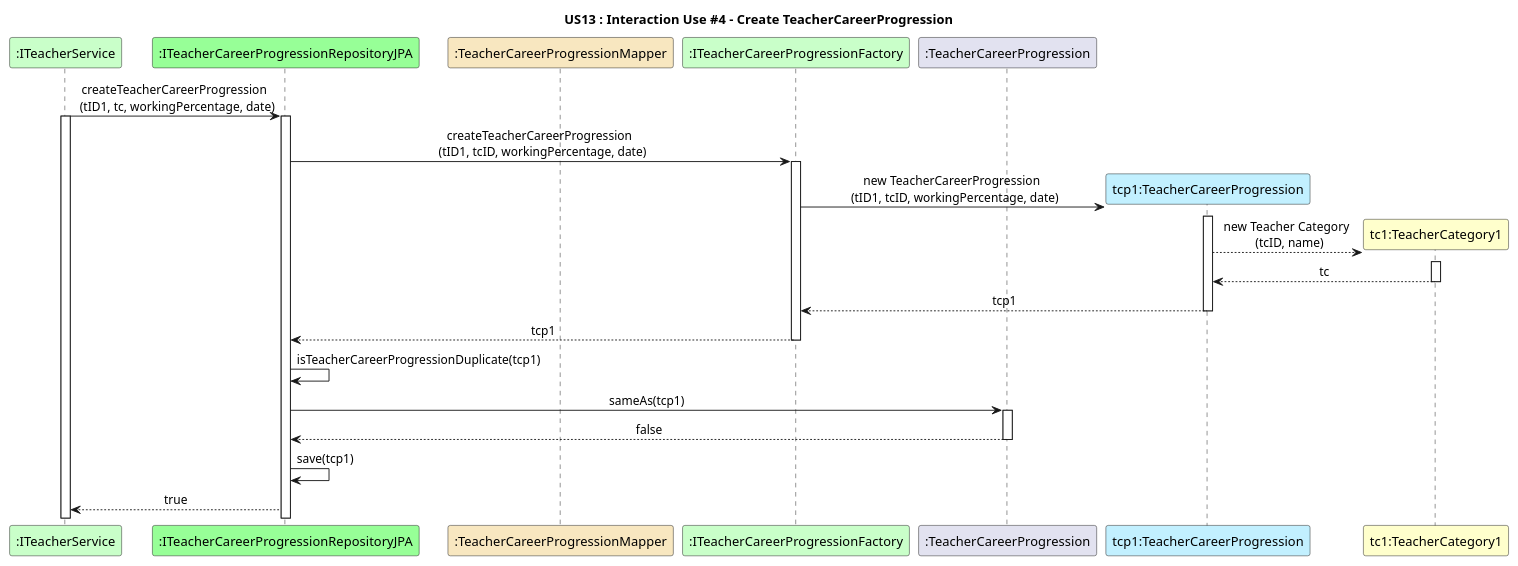
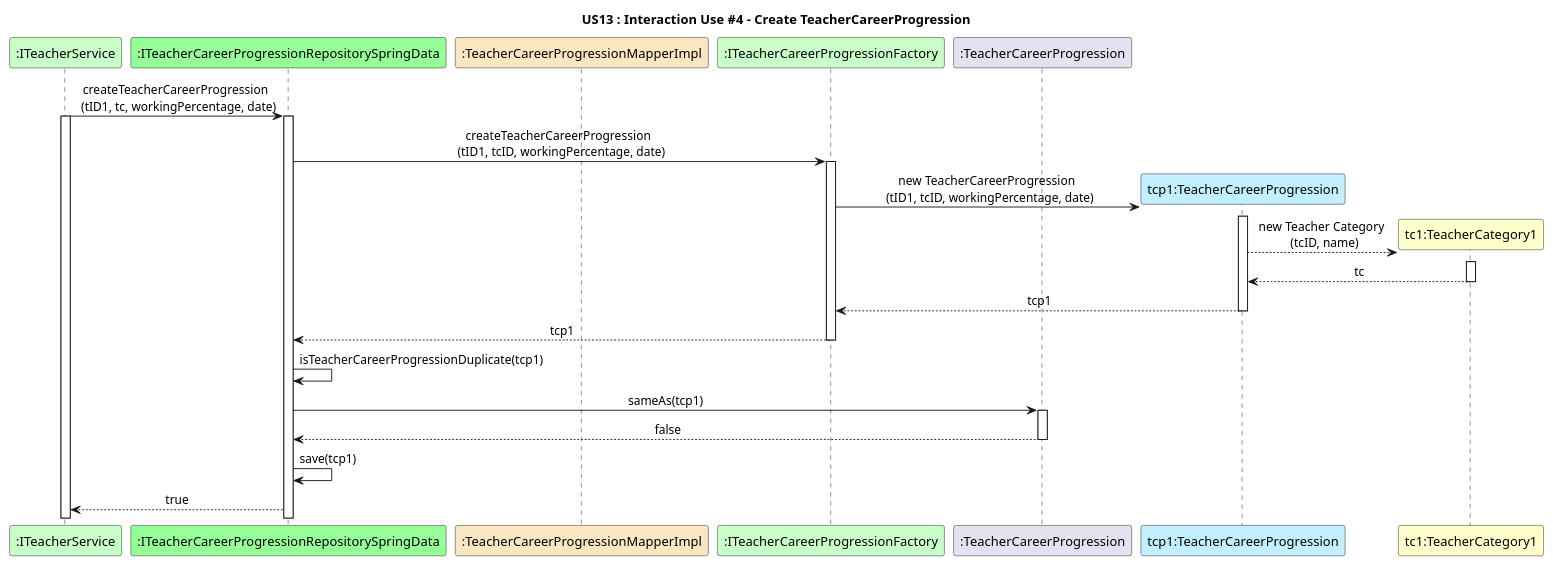
Before and after one commit to GasparISEP/DevOps-PAI: the diagram in docs/US13/Documentation_SpringData_JPA/US13_SD_Interaction_Use_#4.puml, drawn with PlantUML. The commit also changed 5 other files, not shown here.

Commit message:
Refactored Sequence and Class Diagrams regarding SpringData. Refs #266

```diff
--- a/docs/US13/Documentation_SpringData_JPA/US13_SD_Interaction_Use_#4.puml
+++ b/docs/US13/Documentation_SpringData_JPA/US13_SD_Interaction_Use_#4.puml
@@ -1,36 +1,36 @@
 @startuml
 title US13 : Interaction Use #4 - Create TeacherCareerProgression
 skinparam sequenceMessageAlign center
 
 participant ":ITeacherService" as IteacherService #technology
-participant ":ITeacherCareerProgressionRepositoryJPA" as ItcpRepositoryJPA #physical
-participant ":TeacherCareerProgressionMapper" as tcpMapper #strategy
+participant ":ITeacherCareerProgressionRepositorySpringData" as ItcpRepositoryJPA #physical
+participant ":TeacherCareerProgressionMapperImpl" as tcpMapper #strategy
 participant ":ITeacherCareerProgressionFactory" as tcpFactory #technology
 participant ":TeacherCareerProgression" as careerProgression
 participant "tcp1:TeacherCareerProgression" as TCP #application
 participant "tc1:TeacherCategory1" as tc1 #business
 
 
 IteacherService -> ItcpRepositoryJPA : createTeacherCareerProgression \n (tID1, tc, workingPercentage, date)
 activate IteacherService
 activate ItcpRepositoryJPA
 ItcpRepositoryJPA -> tcpFactory : createTeacherCareerProgression \n (tID1, tcID, workingPercentage, date)
 activate tcpFactory
 tcpFactory -> TCP** : new TeacherCareerProgression \n (tID1, tcID, workingPercentage, date)
 activate TCP
 TCP --> tc1** : new Teacher Category \n (tcID, name)
 activate tc1
 tc1 --> TCP : tc
 deactivate tc1
 TCP --> tcpFactory : tcp1
 deactivate TCP
 tcpFactory --> ItcpRepositoryJPA : tcp1
 deactivate tcpFactory
 ItcpRepositoryJPA -> ItcpRepositoryJPA : isTeacherCareerProgressionDuplicate(tcp1)
 ItcpRepositoryJPA -> careerProgression : sameAs(tcp1)
 activate careerProgression
 careerProgression --> ItcpRepositoryJPA : false
 deactivate careerProgression
 ItcpRepositoryJPA -> ItcpRepositoryJPA : save(tcp1)
 ItcpRepositoryJPA --> IteacherService : true
 @enduml
```
